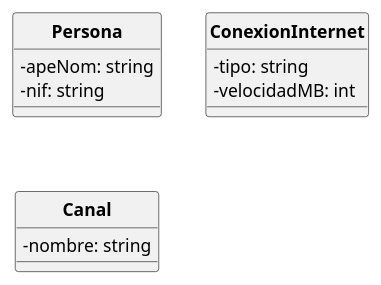
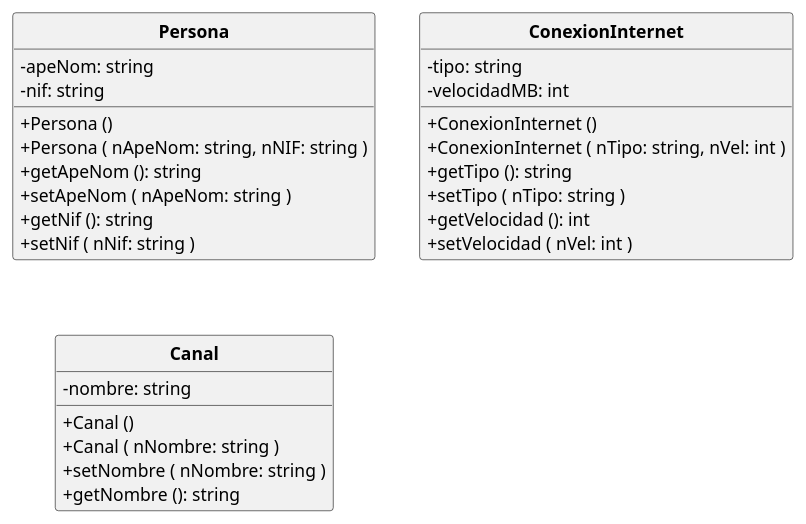
The diagram in PooFusion.puml (POOUJA/PooFusion), drawn with PlantUML before and after one commit. The commit also changed 1 other file, not shown here.

Commit message:
UML para sesión 2_1
- Actualizados los diagramas PlantUML y UMLet

```diff
--- a/PooFusion.puml
+++ b/PooFusion.puml
@@ -1,21 +1,37 @@
 @startuml
 
 hide circle
 skinparam classattributeiconsize 0
 skinparam classFontStyle bold
 
 class Persona {
  - apeNom: string
  - nif: string
+ + Persona ()
+ + Persona ( nApeNom: string, nNIF: string )
+ + getApeNom (): string
+ + setApeNom ( nApeNom: string )
+ + getNif (): string
+ + setNif ( nNif: string )
 }
 
 class ConexionInternet {
  - tipo: string
  - velocidadMB: int
+ + ConexionInternet ()
+ + ConexionInternet ( nTipo: string, nVel: int )
+ + getTipo (): string
+ + setTipo ( nTipo: string )
+ + getVelocidad (): int
+ + setVelocidad ( nVel: int )
 }
 
 class Canal {
  - nombre: string
+ + Canal ()
+ + Canal ( nNombre: string )
+ + setNombre ( nNombre: string )
+ + getNombre (): string
 }
 
 @enduml
```
